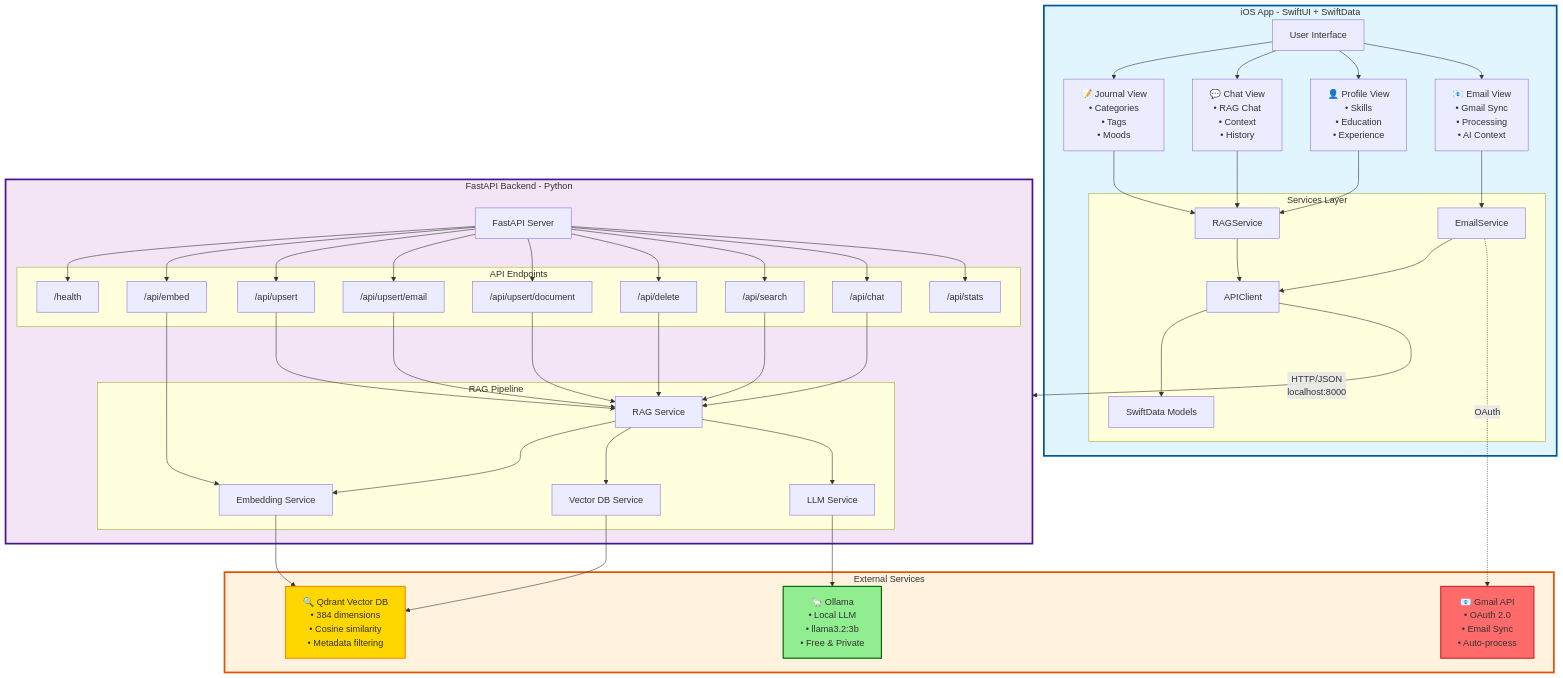
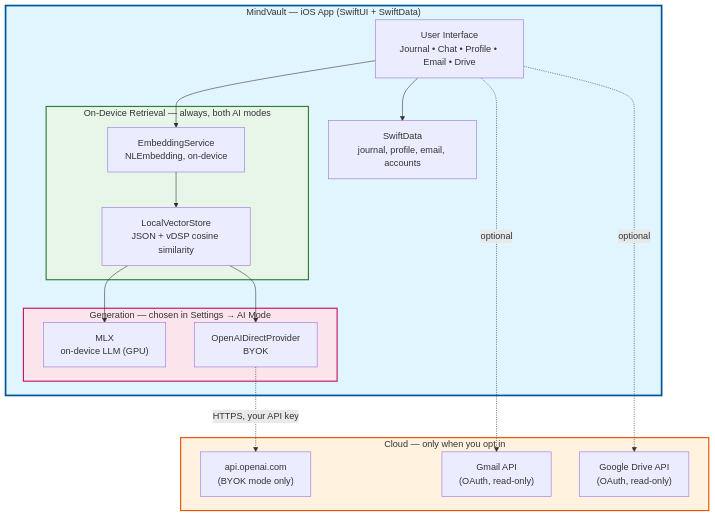
The first of 3 diagrams in README.md (senthil-sekar/MindVault), drawn with Mermaid before and after one commit. The commit also changed other lines of this file and 4 other files, not shown here.

````diff
--- a/README.md
+++ b/README.md
@@ -89,96 +92,39 @@
 ```mermaid
 graph TB
-    subgraph iOS["iOS App - SwiftUI + SwiftData"]
-        UI["User Interface"]
-        Journal["📝 Journal View<br/>• Categories<br/>• Tags<br/>• Moods"]
-        Chat["💬 Chat View<br/>• RAG Chat<br/>• Context<br/>• History"]
-        Profile["👤 Profile View<br/>• Skills<br/>• Education<br/>• Experience"]
-        Email["📧 Email View<br/>• Gmail Sync<br/>• Processing<br/>• AI Context"]
-        
-        UI --> Journal
-        UI --> Chat
-        UI --> Profile
-        UI --> Email
-        
-        subgraph Services["Services Layer"]
-            RAGService["RAGService"]
-            APIClient["APIClient"]
-            EmailService["EmailService"]
-            SwiftData["SwiftData Models"]
+    subgraph iOS["MindVault — iOS App (SwiftUI + SwiftData)"]
+        UI["User Interface<br/>Journal • Chat • Profile • Email • Drive"]
+
+        subgraph Retrieval["On-Device Retrieval — always, both AI modes"]
+            Embed["EmbeddingService<br/>NLEmbedding, on-device"]
+            Store["LocalVectorStore<br/>JSON + vDSP cosine similarity"]
         end
-        
-        Journal --> RAGService
-        Chat --> RAGService
-        Profile --> RAGService
-        Email --> EmailService
-        
-        RAGService --> APIClient
-        EmailService --> APIClient
-        APIClient --> SwiftData
+
+        subgraph Generation["Generation — chosen in Settings → AI Mode"]
+            MLX["MLX<br/>on-device LLM (GPU)"]
+            OpenAIProvider["OpenAIDirectProvider<br/>BYOK"]
+        end
+
+        SwiftData["SwiftData<br/>journal, profile, email, accounts"]
+
+        UI --> SwiftData
+        UI --> Embed
+        Embed --> Store
+        Store --> MLX
+        Store --> OpenAIProvider
     end
-    
-    APIClient -->|"HTTP/JSON<br/>localhost:8000"| Backend
-    
-    subgraph Backend["FastAPI Backend - Python"]
-        FastAPI["FastAPI Server"]
-        
-        subgraph Endpoints["API Endpoints"]
-            Health["/health"]
-            Embed["/api/embed"]
-            Upsert["/api/upsert"]
-            UpsertEmail["/api/upsert/email"]
-            UpsertDoc["/api/upsert/document"]
-            Delete["/api/delete"]
-            Search["/api/search"]
-            ChatAPI["/api/chat"]
-            Stats["/api/stats"]
-        end
-        
-        FastAPI --> Health
-        FastAPI --> Embed
-        FastAPI --> Upsert
-        FastAPI --> UpsertEmail
-        FastAPI --> UpsertDoc
-        FastAPI --> Delete
-        FastAPI --> Search
-        FastAPI --> ChatAPI
-        FastAPI --> Stats
-        
-        subgraph RAGPipeline["RAG Pipeline"]
-            RAGSvc["RAG Service"]
-            EmbedSvc["Embedding Service"]
-            VectorSvc["Vector DB Service"]
-            LLMSvc["LLM Service"]
-            
-            RAGSvc --> EmbedSvc
-            RAGSvc --> VectorSvc
-            RAGSvc --> LLMSvc
-        end
-        
-        Embed --> EmbedSvc
-        Upsert --> RAGSvc
-        UpsertEmail --> RAGSvc
-        UpsertDoc --> RAGSvc
-        Delete --> RAGSvc
-        Search --> RAGSvc
-        ChatAPI --> RAGSvc
+
+    subgraph CloudOptional["Cloud — only when you opt in"]
+        OpenAIAPI["api.openai.com<br/>(BYOK mode only)"]
+        Gmail["Gmail API<br/>(OAuth, read-only)"]
+        Drive["Google Drive API<br/>(OAuth, read-only)"]
     end
-    
-    subgraph External["External Services"]
-        Ollama["🦙 Ollama<br/>• Local LLM<br/>• llama3.2:3b<br/>• Free & Private"]
-        Qdrant["🔍 Qdrant Vector DB<br/>• 384 dimensions<br/>• Cosine similarity<br/>• Metadata filtering"]
-        Gmail["📧 Gmail API<br/>• OAuth 2.0<br/>• Email Sync<br/>• Auto-process"]
-    end
-    
-    LLMSvc --> Ollama
-    EmbedSvc --> Qdrant
-    VectorSvc --> Qdrant
-    EmailService -.->|"OAuth"| Gmail
-    
+
+    OpenAIProvider -.->|"HTTPS, your API key"| OpenAIAPI
+    UI -.->|"optional"| Gmail
+    UI -.->|"optional"| Drive
+
     style iOS fill:#e1f5ff,stroke:#01579b,stroke-width:3px
-    style Backend fill:#f3e5f5,stroke:#4a148c,stroke-width:3px
-    style External fill:#fff3e0,stroke:#e65100,stroke-width:3px
-    style Ollama fill:#90ee90,stroke:#006400,stroke-width:2px
-    style Qdrant fill:#ffd700,stroke:#ff8c00,stroke-width:2px
-    style Gmail fill:#ff6b6b,stroke:#c92a2a,stroke-width:2px
+    style Retrieval fill:#e8f5e9,stroke:#2e7d32,stroke-width:2px
+    style Generation fill:#fce4ec,stroke:#c2185b,stroke-width:2px
+    style CloudOptional fill:#fff3e0,stroke:#e65100,stroke-width:2px
 ```
````
